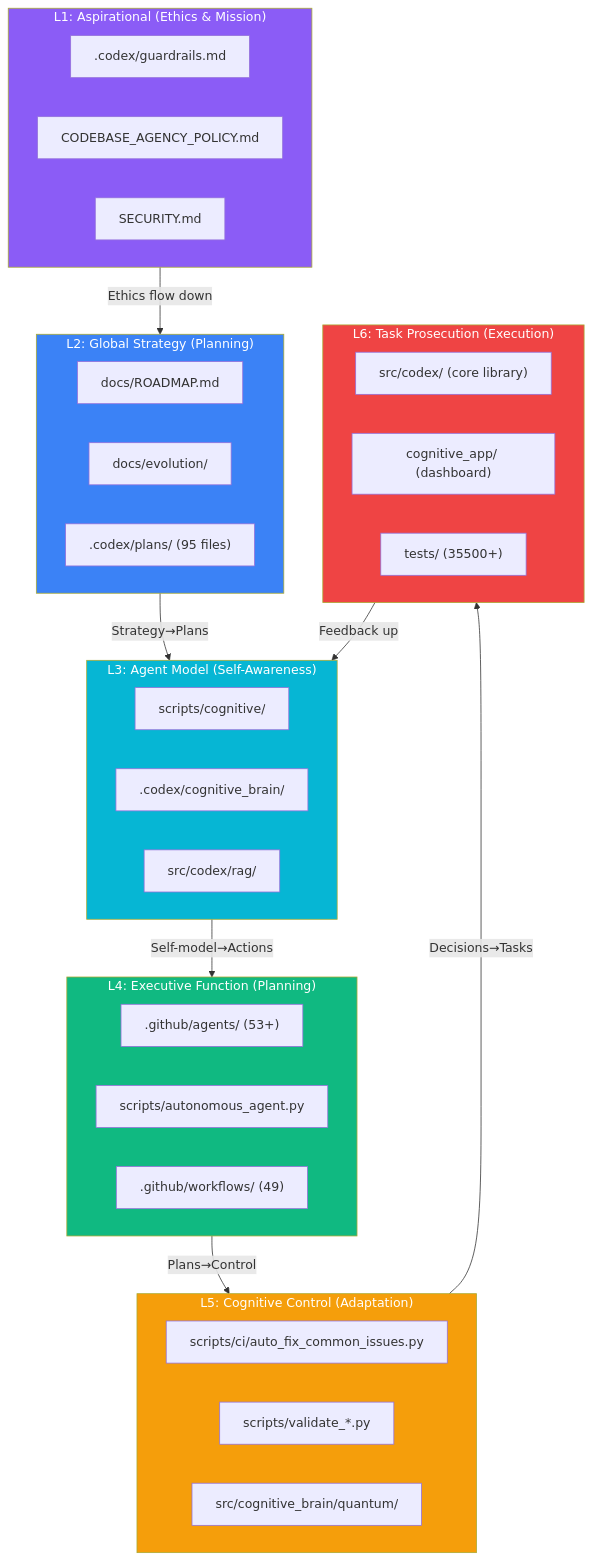
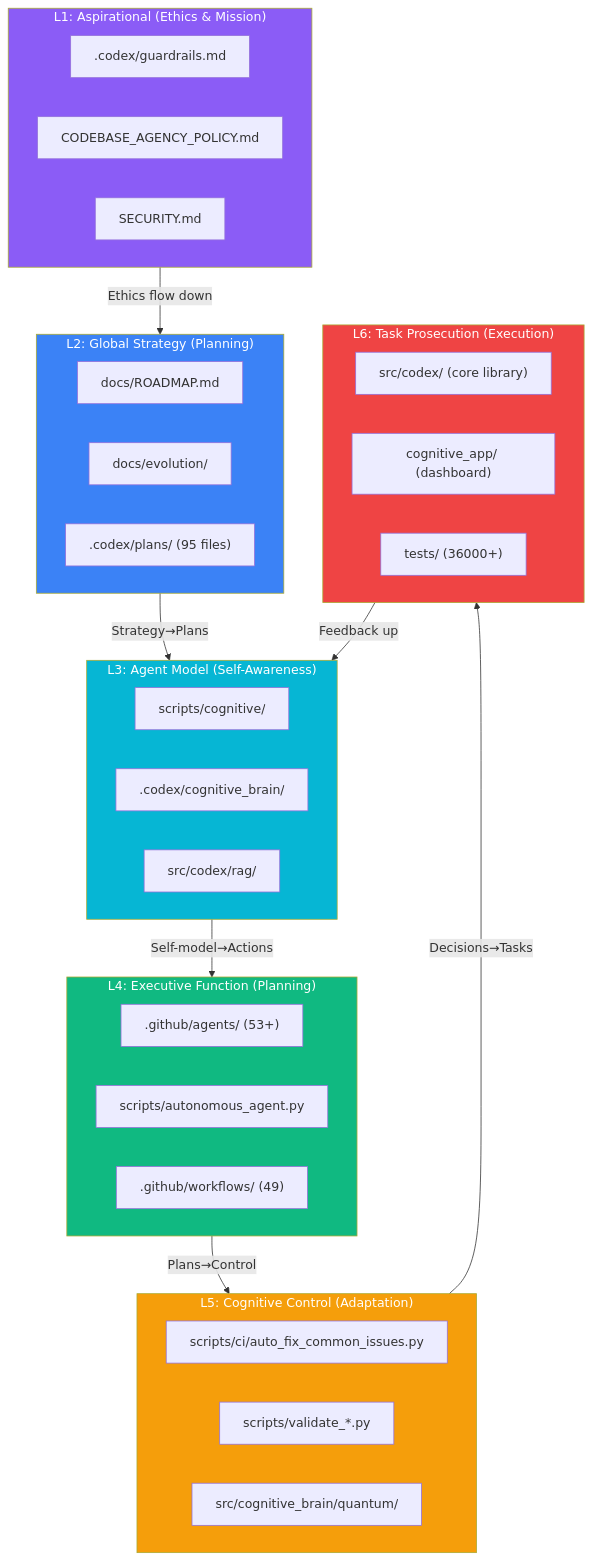
Before and after one commit to Aries-Serpent/_codex_: the diagram in docs/evolution/COGNITIVE_CODEBASE_MAP.md, drawn with Mermaid. The commit also changed 22 other files, not shown here.

````diff
--- a/docs/evolution/COGNITIVE_CODEBASE_MAP.md
+++ b/docs/evolution/COGNITIVE_CODEBASE_MAP.md
@@ -12,53 +12,53 @@
 ```mermaid
 %%{init: {'accessibility': {'title': 'Flowchart showing "L1: Aspirational (Ethics & Mission)", ".codex/guardrails.md"'}}%%
 graph TD
     subgraph L1["L1: Aspirational (Ethics & Mission)"]
         E1[".codex/guardrails.md"]
         E2["CODEBASE_AGENCY_POLICY.md"]
         E3["SECURITY.md"]
     end
 
     subgraph L2["L2: Global Strategy (Planning)"]
         S1["docs/ROADMAP.md"]
         S2["docs/evolution/"]
         S3[".codex/plans/ (95 files)"]
     end
 
     subgraph L3["L3: Agent Model (Self-Awareness)"]
         M1["scripts/cognitive/"]
         M2[".codex/cognitive_brain/"]
         M3["src/codex/rag/"]
     end
 
     subgraph L4["L4: Executive Function (Planning)"]
         X1[".github/agents/ (53+)"]
         X2["scripts/autonomous_agent.py"]
         X3[".github/workflows/ (49)"]
     end
 
     subgraph L5["L5: Cognitive Control (Adaptation)"]
         C1["scripts/ci/auto_fix_common_issues.py"]
         C2["scripts/validate_*.py"]
         C3["src/cognitive_brain/quantum/"]
     end
 
     subgraph L6["L6: Task Prosecution (Execution)"]
         T1["src/codex/ (core library)"]
         T2["cognitive_app/ (dashboard)"]
-        T3["tests/ (35500+)"]
+        T3["tests/ (36000+)"]
     end
 
     L1 -->|"Ethics flow down"| L2
     L2 -->|"Strategy→Plans"| L3
     L3 -->|"Self-model→Actions"| L4
     L4 -->|"Plans→Control"| L5
     L5 -->|"Decisions→Tasks"| L6
     L6 -->|"Feedback up"| L3
 
     style L1 fill:#8b5cf6,color:#fff
     style L2 fill:#3b82f6,color:#fff
     style L3 fill:#06b6d4,color:#fff
     style L4 fill:#10b981,color:#fff
     style L5 fill:#f59e0b,color:#fff
     style L6 fill:#ef4444,color:#fff
 ```
````
